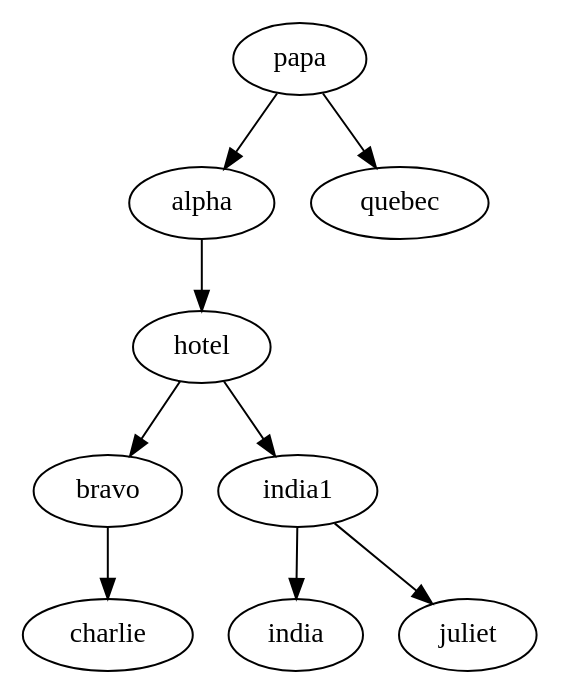
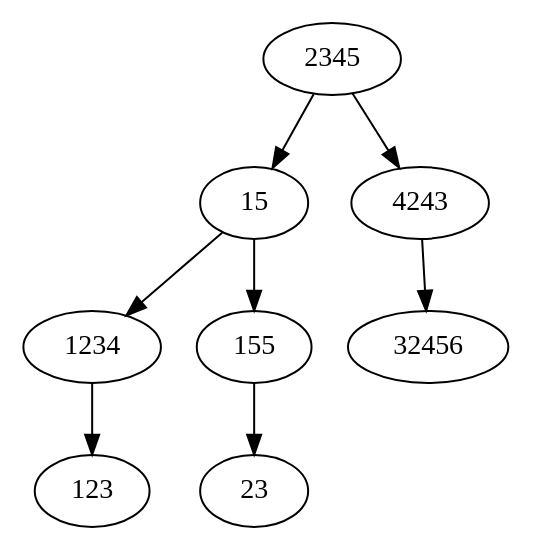
The diagram in CPP/10C/week7/output.dot (Sped32DJ/LearningProgramming), drawn with Graphviz before and after one commit. The commit also changed 3 other files, not shown here.

```diff
--- a/CPP/10C/week7/output.dot
+++ b/CPP/10C/week7/output.dot
@@ -1,10 +1,9 @@
 digraph G {
-bravo -> charlie;
-hotel -> bravo;
-india1 -> india;
-india1 -> juliet;
-hotel -> india1;
-alpha -> hotel;
-papa -> alpha;
-papa -> quebec;
+1234 -> 123;
+15 -> 1234;
+155 -> 23;
+15 -> 155;
+2345 -> 15;
+4243 -> 32456;
+2345 -> 4243;
 }
```
